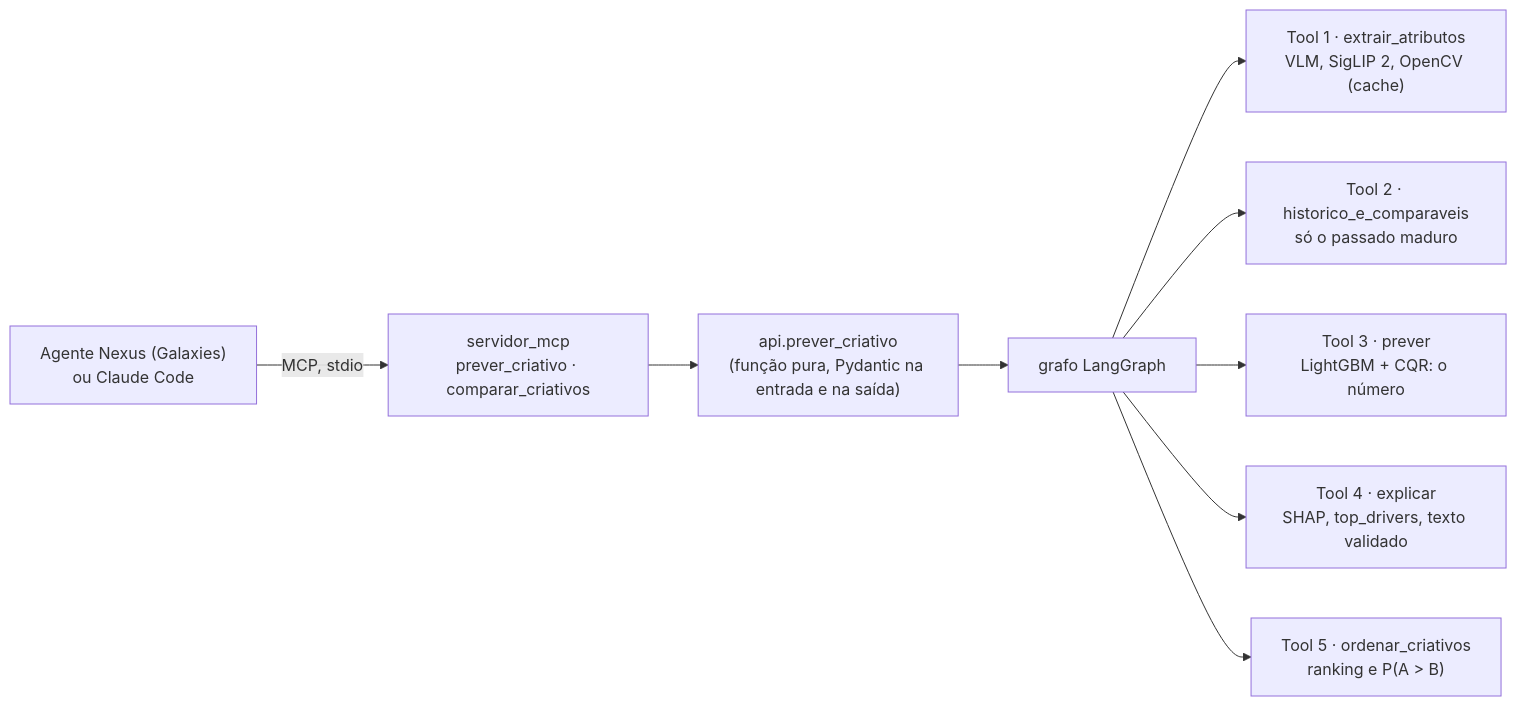
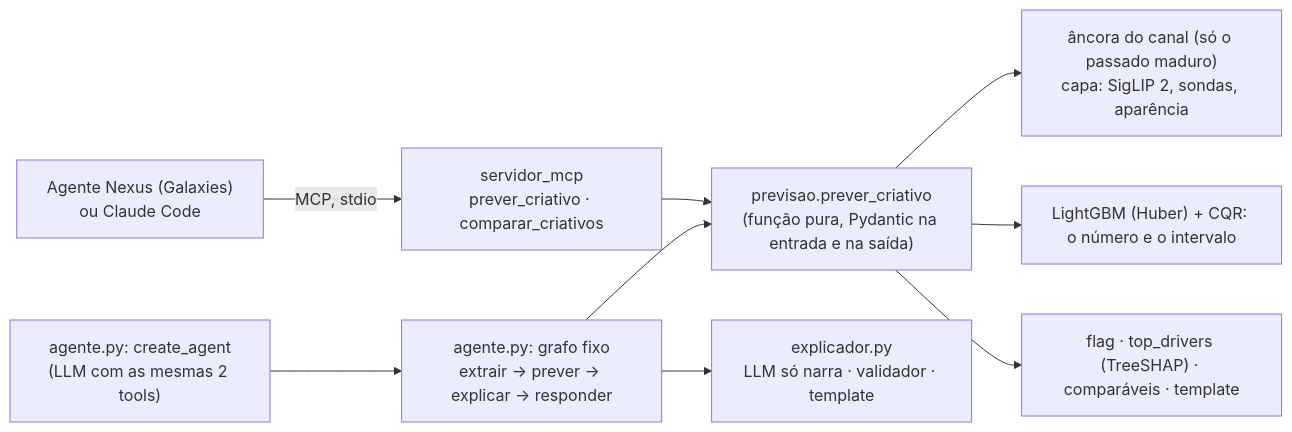
Before and after one commit to viniciuscastiglia/case-galaxies: the diagram in README.md, drawn with Mermaid. The commit also changed other lines of this file, not shown here.

Commit message:
docs(readme): final sections for delivery: architecture as built (A4, A6, MCP), tests, golden, M9, limitations; draft comments removed (aula 6.7)

````diff
--- a/README.md
+++ b/README.md
@@ -76,11 +66,11 @@
 ```mermaid
 flowchart LR
     C["Agente Nexus (Galaxies)<br/>ou Claude Code"] -->|MCP, stdio| S["servidor_mcp<br/>prever_criativo · comparar_criativos"]
-    S --> A["api.prever_criativo<br/>(função pura, Pydantic na entrada e na saída)"]
-    A --> G["grafo LangGraph"]
-    G --> T1["Tool 1 · extrair_atributos<br/>VLM, SigLIP 2, OpenCV (cache)"]
-    G --> T2["Tool 2 · historico_e_comparaveis<br/>só o passado maduro"]
-    G --> T3["Tool 3 · prever<br/>LightGBM + CQR: o número"]
-    G --> T4["Tool 4 · explicar<br/>SHAP, top_drivers, texto validado"]
-    G --> T5["Tool 5 · ordenar_criativos<br/>ranking e P(A > B)"]
+    L["agente.py: create_agent<br/>(LLM com as mesmas 2 tools)"] --> GR["agente.py: grafo fixo<br/>extrair → prever → explicar → responder"]
+    S --> F["previsao.prever_criativo<br/>(função pura, Pydantic na entrada e na saída)"]
+    GR --> F
+    GR --> E["explicador.py<br/>LLM só narra · validador · template"]
+    F --> K["âncora do canal (só o passado maduro)<br/>capa: SigLIP 2, sondas, aparência"]
+    F --> M["LightGBM (Huber) + CQR: o número e o intervalo"]
+    F --> X["flag · top_drivers (TreeSHAP) · comparáveis · template"]
 ```
````
